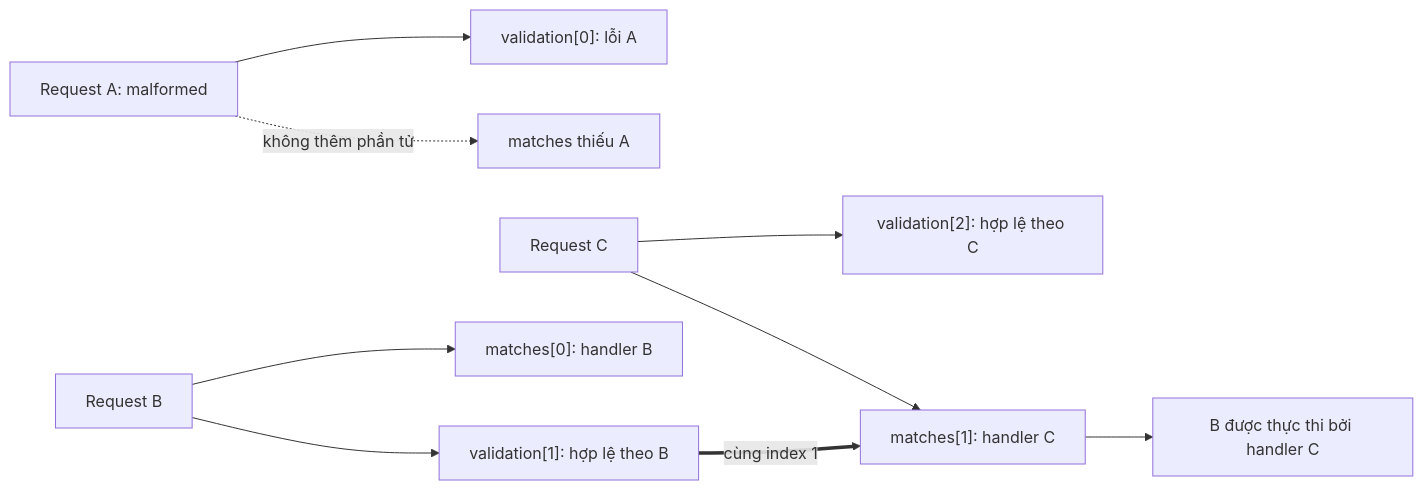
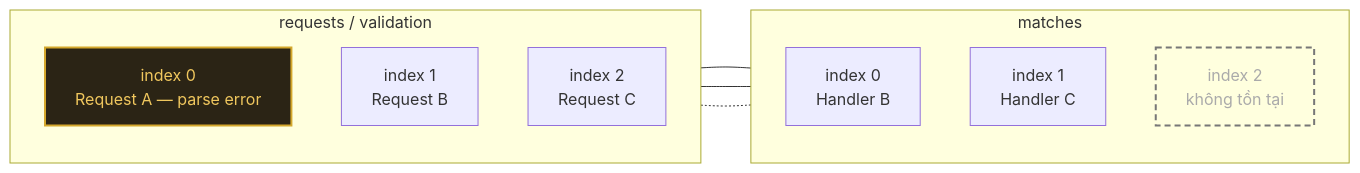
One commit to minhmd25/minhmd25.github.io changed the second of 4 diagrams in _posts/2026-08-09-wp2shell-analysis.md. Above: the diagram before and after it, drawn with Mermaid. The commit also changed other lines of this file, not shown here.

````diff
--- a/_posts/2026-08-09-wp2shell-analysis.md
+++ b/_posts/2026-08-09-wp2shell-analysis.md
@@ -116,11 +116,25 @@
 ```mermaid
 flowchart LR
-    A["Request A: malformed"] --> VA["validation[0]: lỗi A"]
-    A -.->|không thêm phần tử| GAP["matches thiếu A"]
-    B["Request B"] --> VB["validation[1]: hợp lệ theo B"]
-    B --> MB["matches[0]: handler B"]
-    C["Request C"] --> VC["validation[2]: hợp lệ theo C"]
-    C --> MC["matches[1]: handler C"]
-    VB ==>|cùng index 1| MC
-    MC --> X["B được thực thi bởi handler C"]
+    subgraph R["requests / validation"]
+        direction TB
+        A["index 0<br/>Request A — parse error"]
+        B["index 1<br/>Request B"]
+        C["index 2<br/>Request C"]
+    end
+
+    subgraph M["matches"]
+        direction TB
+        MB["index 0<br/>Handler B"]
+        MC["index 1<br/>Handler C"]
+        EMPTY["index 2<br/>không tồn tại"]
+    end
+
+    A --- MB
+    B --- MC
+    C -.- EMPTY
+
+    classDef error fill:#2b2415,stroke:#d4a72c,color:#f0c75e,stroke-width:2px
+    classDef missing fill:transparent,stroke:#777,color:#aaa,stroke-width:2px,stroke-dasharray:6 4
+    class A error
+    class EMPTY missing
 ```
````
